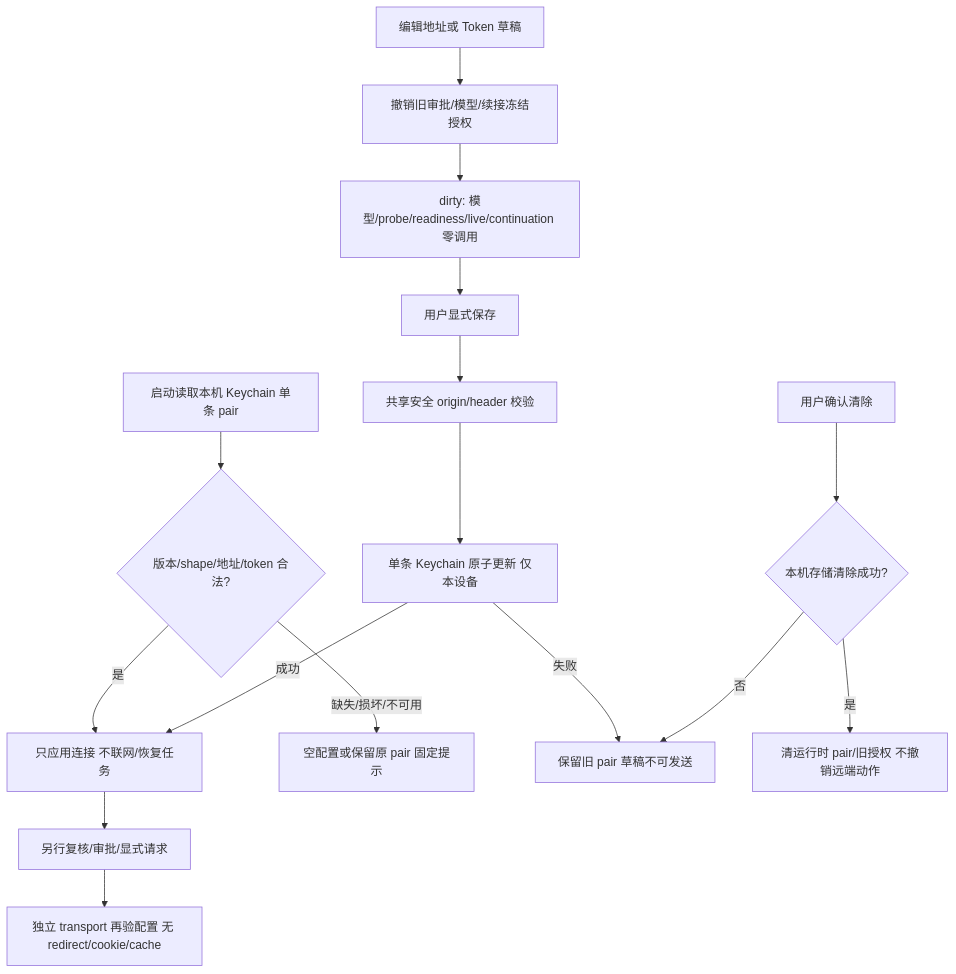
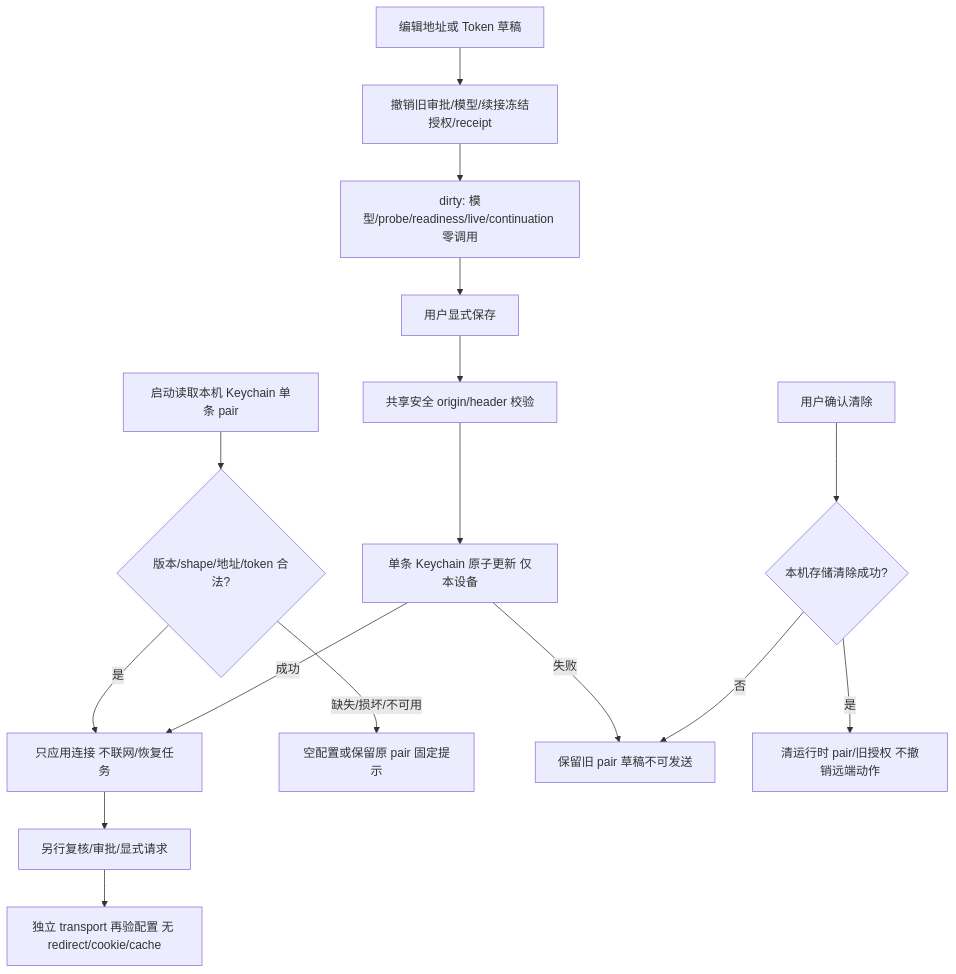
One commit to Altman-sam114/115 changed the first of 15 diagrams in md/flow/flowchart.md. Above: the diagram before and after it, drawn with Mermaid. The commit also changed 13 other files, not shown here.

````diff
--- a/md/flow/flowchart.md
+++ b/md/flow/flowchart.md
@@ -5,18 +5,18 @@
 ```mermaid
 flowchart TD
   Start[启动读取本机 Keychain 单条 pair] --> Valid{版本/shape/地址/token 合法?}
   Valid -->|是| Applied[只应用连接 不联网/恢复任务]
   Valid -->|缺失/损坏/不可用| Local[空配置或保留原 pair 固定提示]
-  Edit[编辑地址或 Token 草稿] --> Revoke[撤销旧审批/模型/续接冻结授权]
+  Edit[编辑地址或 Token 草稿] --> Revoke[撤销旧审批/模型/续接冻结授权/receipt]
   Revoke --> Dirty[dirty: 模型/probe/readiness/live/continuation 零调用]
   Dirty --> Save[用户显式保存]
   Save --> Strict[共享安全 origin/header 校验]
   Strict --> Write[单条 Keychain 原子更新 仅本设备]
   Write -->|成功| Applied
   Write -->|失败| Keep[保留旧 pair 草稿不可发送]
   Applied --> Click[另行复核/审批/显式请求]
   Click --> Transport[独立 transport 再验配置 无 redirect/cookie/cache]
   Clear[用户确认清除] --> Delete{本机存储清除成功?}
   Delete -->|是| Drop[清运行时 pair/旧授权 不撤销远端动作]
   Delete -->|否| Keep
 ```
````
